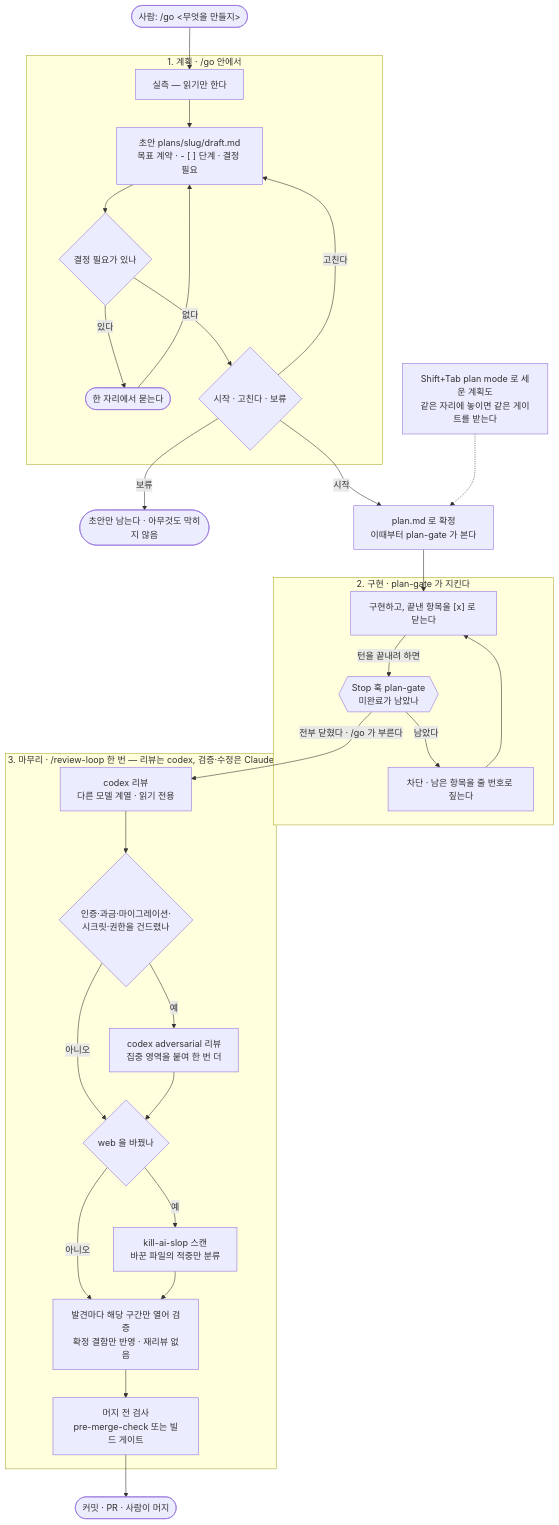
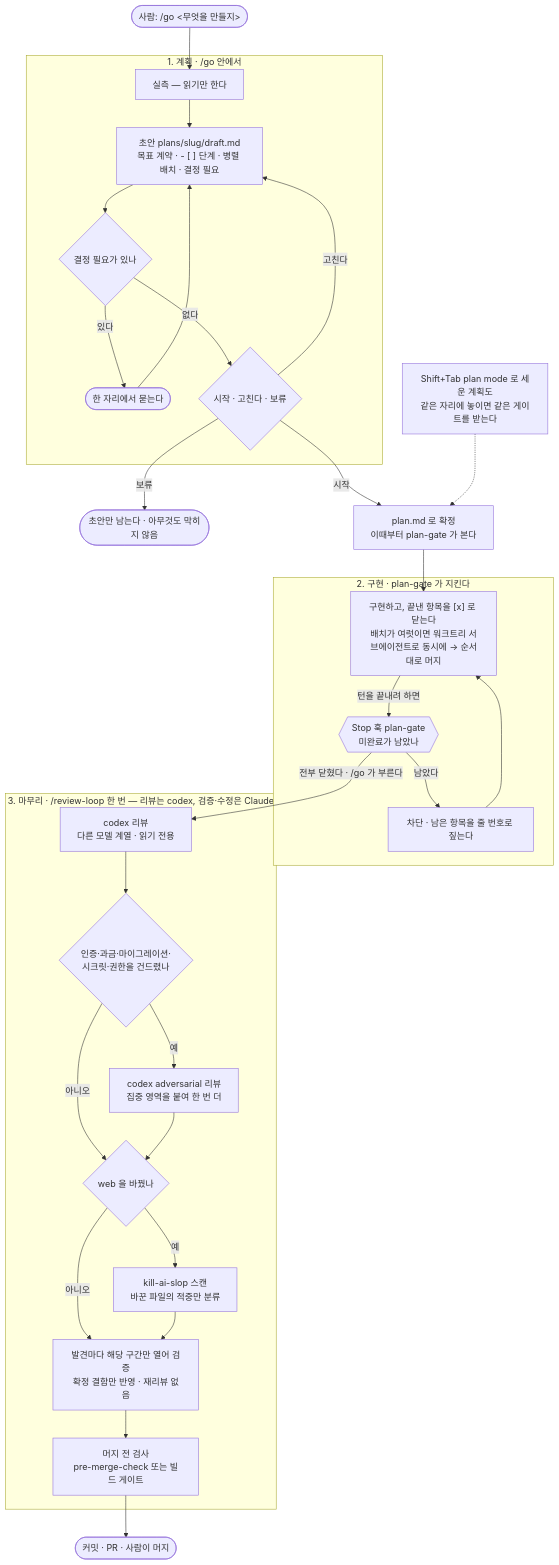
The first of 3 diagrams in README.md (jwjinn/go-skill), drawn with Mermaid before and after one commit. The commit also changed other lines of this file and 1 other file, not shown here.

Commit message:
feat(go): 병렬 배치 — 파일 집합이 안 겹치는 배치를 워크트리 서브에이전트로 동시에 돌린다 (#5)
사용자 결정(2026-10-11): 「나의 예전 Go 스킬은 여러 플랜을 만들어서 한번에 돌렸거든 … A로 하자 내장으로」.
옛 go-fanout(Orca 워커 · 지시문 600줄 · 훅 2개)이 하던 일을 내장 Agent(isolation: worktree)로 대신한다.

- 초안 템플릿에 「병렬 배치」 절: 배치마다 이름 · 단계 · 파일 집합 · 공유 자원 · 완료 조건 · 합치기 순서.
  파일 집합이 한 경로라도 겹치면 배치가 아니라 순차다(초안에서 합친다). 배치가 둘 이상이면 결정 필요 절을
  더 꼼꼼히 — 워커는 사람에게 묻지 못한다.
- 5단계: 배치가 둘 이상이면 같은 응답 안에서 Agent 를 배치마다 띄운다(워커 프롬프트 템플릿 포함 — 파일 집합 밖은
  읽기만 · 갈림길이면 멈춰 보고 · 자기 워크트리에서 커밋 · 브랜치·해시·파일·검증을 보고 · 리뷰는 돌리지 않음).
  이 세션이 초안 순서대로 머지하고(충돌이면 초안이 틀린 것 — 멈추고 사용자에게), 배치마다 체크박스를 닫고,
  워크트리를 치우고, 합본 게이트를 한 번 돌린 뒤 /review-loop 1회.
- README 표·흐름도 갱신. E2E 결과는 PR 본문에.

````diff
--- a/README.md
+++ b/README.md
@@ -19,37 +19,37 @@
 ```mermaid
 flowchart TD
     U(["사람: /go <무엇을 만들지>"]) --> PM
 
     subgraph S1["1. 계획 · /go 안에서"]
-        PM["실측 — 읽기만 한다"] --> PF["초안 plans/slug/draft.md<br/>목표 계약 · - [ ] 단계 · 결정 필요"]
+        PM["실측 — 읽기만 한다"] --> PF["초안 plans/slug/draft.md<br/>목표 계약 · - [ ] 단계 · 병렬 배치 · 결정 필요"]
         PF --> DQ{"결정 필요가 있나"}
         DQ -->|"있다"| ASK(["한 자리에서 묻는다"]) --> PF
         DQ -->|"없다"| OK{"시작 · 고친다 · 보류"}
         OK -->|"고친다"| PF
     end
 
     OK -->|"보류"| HOLD(["초안만 남는다 · 아무것도 막히지 않음"])
     OK -->|"시작"| CONF["plan.md 로 확정<br/>이때부터 plan-gate 가 본다"] --> IM
     G["Shift+Tab plan mode 로 세운 계획도<br/>같은 자리에 놓이면 같은 게이트를 받는다"] -.-> CONF
 
     subgraph S2["2. 구현 · plan-gate 가 지킨다"]
-        IM["구현하고, 끝낸 항목을 [x] 로 닫는다"] -->|"턴을 끝내려 하면"| GT{{"Stop 훅 plan-gate<br/>미완료가 남았나"}}
+        IM["구현하고, 끝낸 항목을 [x] 로 닫는다<br/>배치가 여럿이면 워크트리 서브에이전트로 동시에 → 순서대로 머지"] -->|"턴을 끝내려 하면"| GT{{"Stop 훅 plan-gate<br/>미완료가 남았나"}}
         GT -->|"남았다"| BL["차단 · 남은 항목을 줄 번호로 짚는다"]
         BL --> IM
     end
 
     GT -->|"전부 닫혔다 · /go 가 부른다"| CX
 
     subgraph S3["3. 마무리 · /review-loop 한 번 — 리뷰는 codex, 검증·수정은 Claude"]
         CX["codex 리뷰<br/>다른 모델 계열 · 읽기 전용"] --> SEN{"인증·과금·마이그레이션·<br/>시크릿·권한을 건드렸나"}
         SEN -->|"예"| ADV["codex adversarial 리뷰<br/>집중 영역을 붙여 한 번 더"]
         SEN -->|"아니오"| WB{"web 을 바꿨나"}
         ADV --> WB
         WB -->|"예"| SL["kill-ai-slop 스캔<br/>바꾼 파일의 적중만 분류"]
         WB -->|"아니오"| FX
         SL --> FX["발견마다 해당 구간만 열어 검증<br/>확정 결함만 반영 · 재리뷰 없음"]
         FX --> CK["머지 전 검사<br/>pre-merge-check 또는 빌드 게이트"]
     end
 
     CK --> PR(["커밋 · PR · 사람이 머지"])
 ```
````
